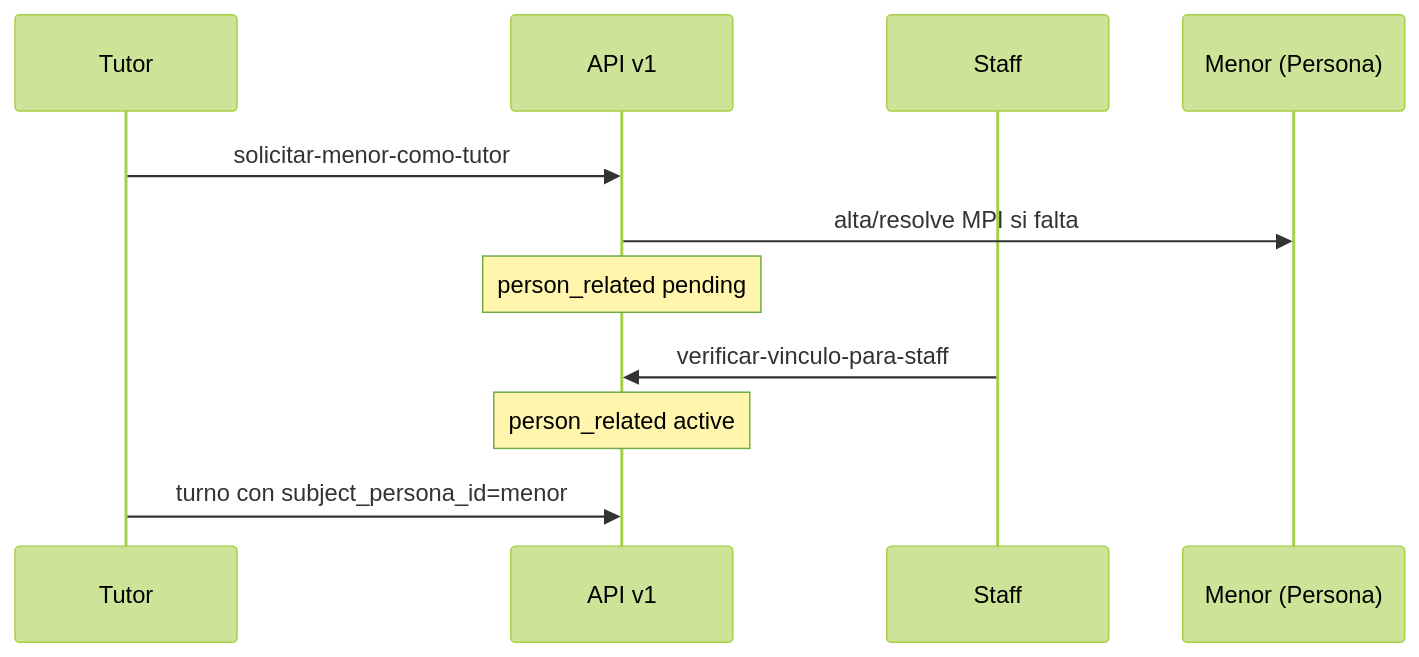
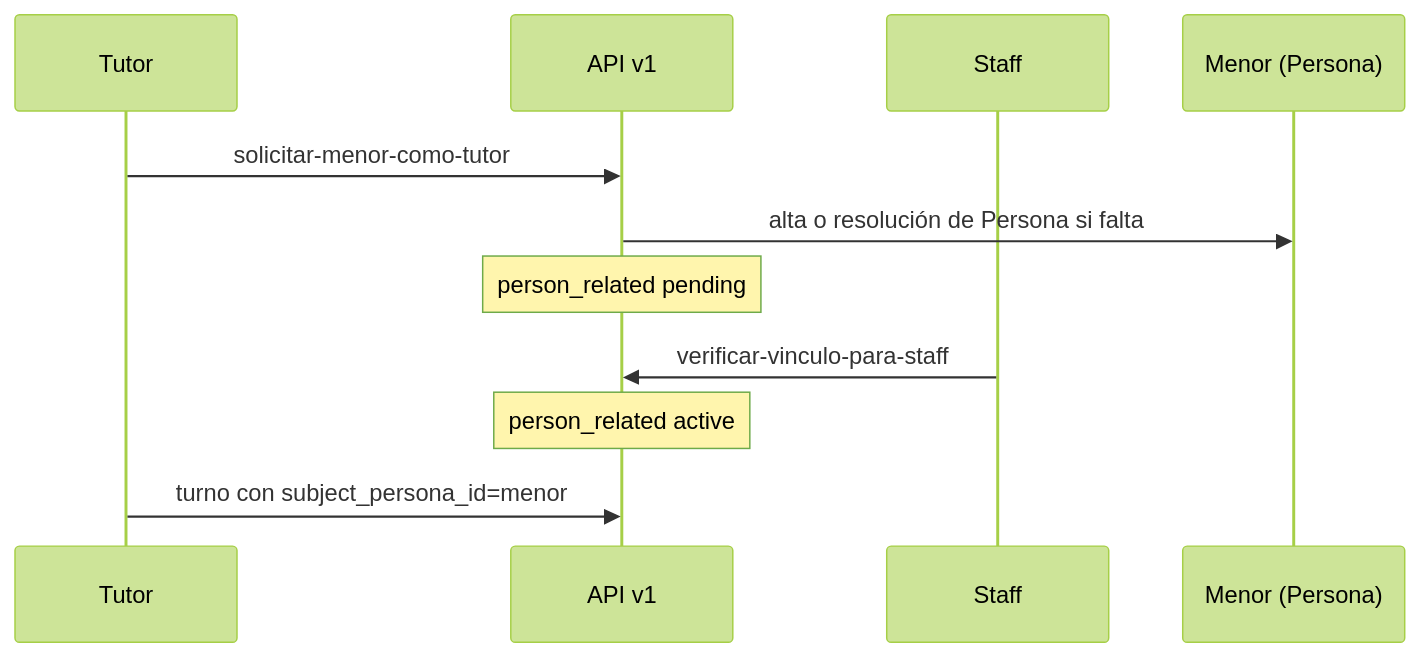
One commit to luischanferoni/bioenlace changed the second of 3 diagrams in web/docs/producto/representacion-paciente.md. Above: the diagram before and after it, drawn with Mermaid (forest theme). The commit also changed other lines of this file and 4 other files, not shown here.

````diff
--- a/web/docs/producto/representacion-paciente.md
+++ b/web/docs/producto/representacion-paciente.md
@@ -53,14 +53,14 @@
 ```mermaid
 sequenceDiagram
   participant T as Tutor
   participant API as API v1
   participant S as Staff
   participant M as Menor (Persona)
 
   T->>API: solicitar-menor-como-tutor
-  API->>M: alta/resolve MPI si falta
+  API->>M: alta o resolución de Persona si falta
   Note over API: person_related pending
   S->>API: verificar-vinculo-para-staff
   Note over API: person_related active
   T->>API: turno con subject_persona_id=menor
 ```
````
